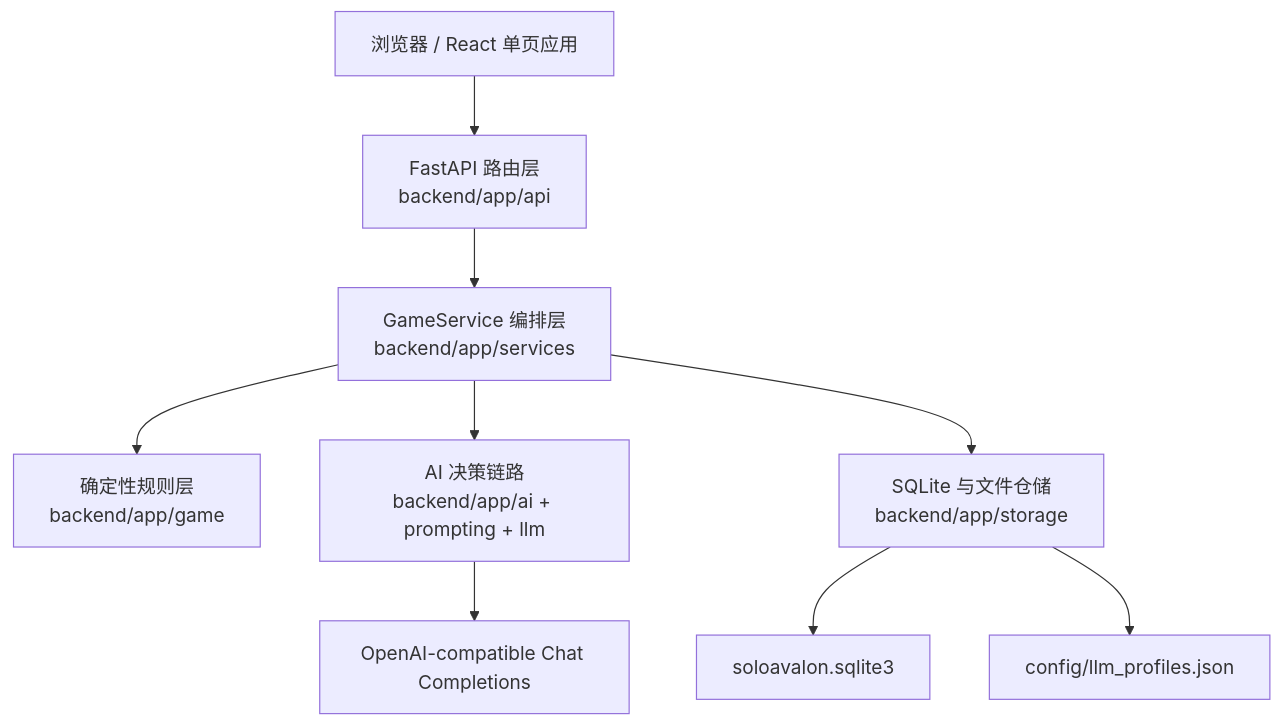
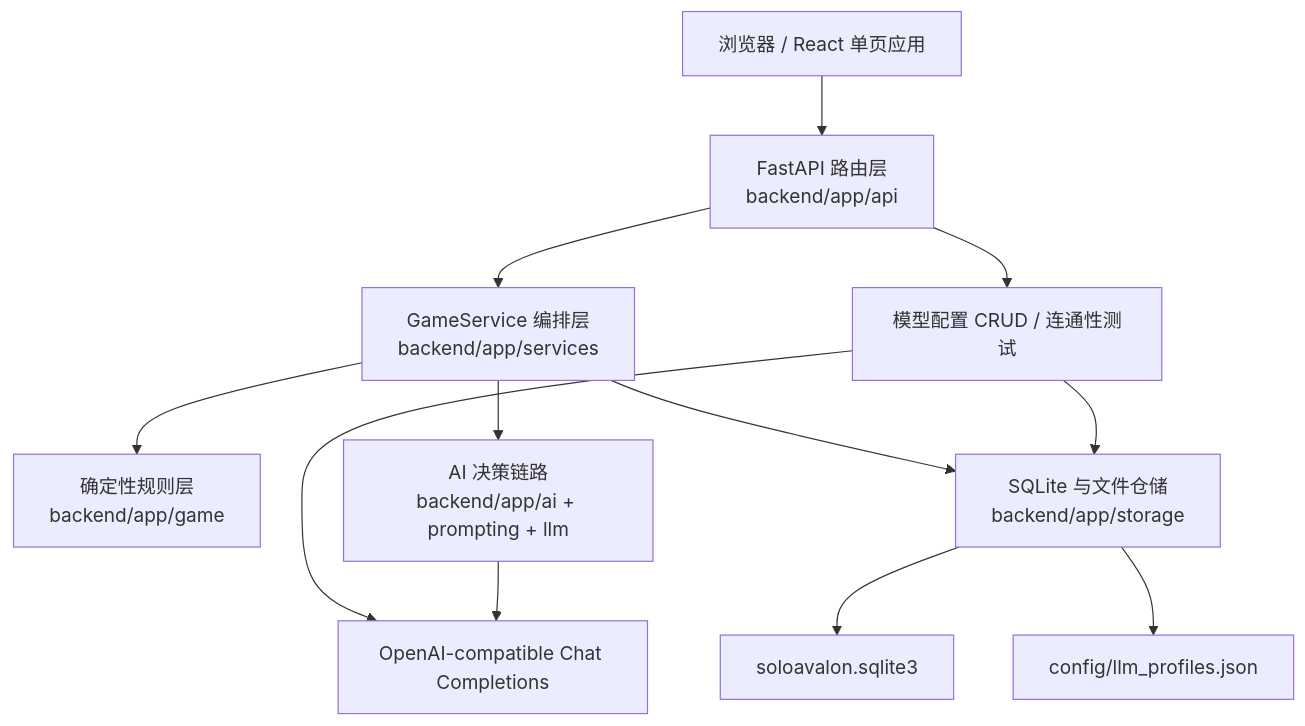
Before and after one commit to hzthzt/SoloAvalon: the first of 3 diagrams in docs/architecture.md, drawn with Mermaid. The commit also changed other lines of this file and 22 other files, not shown here.

````diff
--- a/docs/architecture.md
+++ b/docs/architecture.md
@@ -23,11 +25,14 @@
 ```mermaid
 flowchart TD
     Browser["浏览器 / React 单页应用"] --> Api["FastAPI 路由层\nbackend/app/api"]
     Api --> Service["GameService 编排层\nbackend/app/services"]
     Service --> Rules["确定性规则层\nbackend/app/game"]
     Service --> Ai["AI 决策链路\nbackend/app/ai + prompting + llm"]
     Service --> Storage["SQLite 与文件仓储\nbackend/app/storage"]
+    Api --> ProfileApi["模型配置 CRUD / 连通性测试"]
+    ProfileApi --> Storage
+    ProfileApi --> Provider
     Ai --> Provider["OpenAI-compatible Chat Completions"]
     Storage --> Sqlite["soloavalon.sqlite3"]
     Storage --> Profiles["config/llm_profiles.json"]
 ```
````
